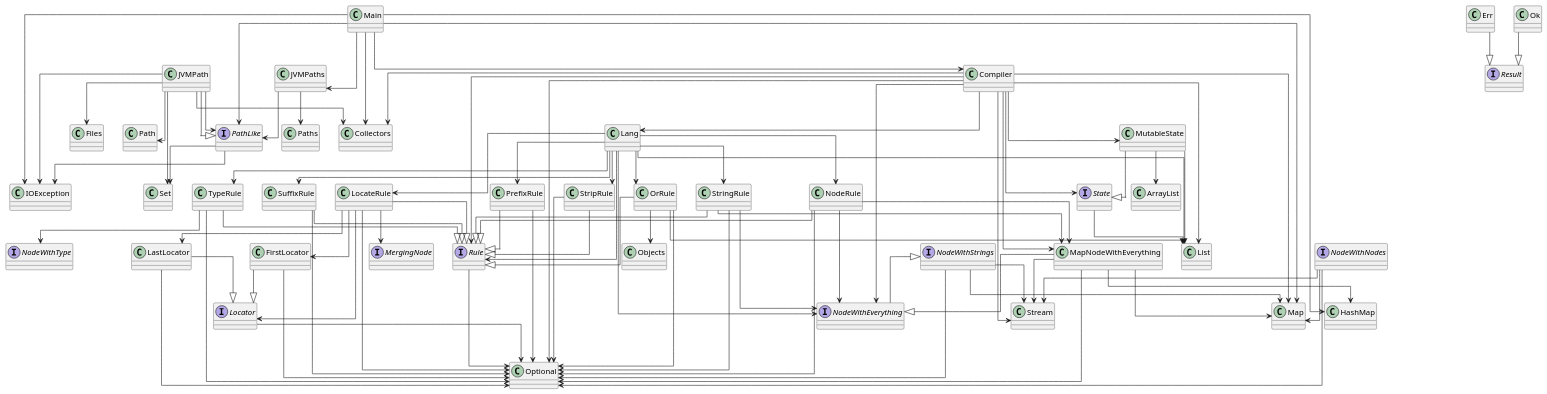
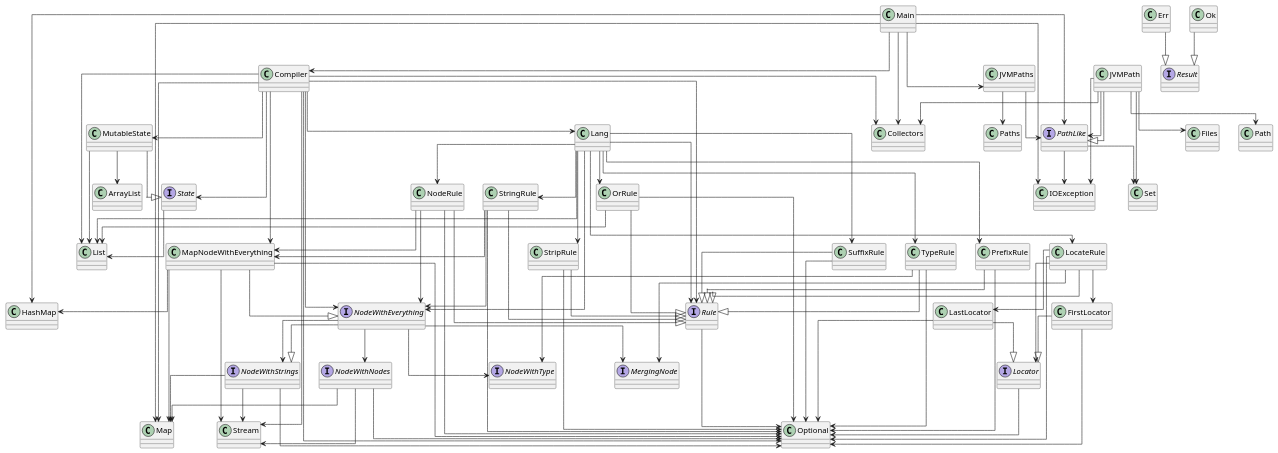
The diagram in diagram.puml (SirMathhman/Magma), drawn with PlantUML before and after one commit. The commit also changed 7 other files, not shown here.

```diff
--- a/diagram.puml
+++ b/diagram.puml
@@ -1,122 +1,125 @@
 @startuml
 skinparam linetype ortho
 StringRule --> MapNodeWithEverything
 StringRule --> NodeWithEverything
 StringRule --> Optional
 class StringRule
 StringRule --|> Rule
 JVMPaths --> PathLike
 JVMPaths --> Paths
 class JVMPaths
 class Err
 Err --|> Result
 interface Result
 Locator --> Optional
 interface Locator
 PathLike --> IOException
 PathLike --> Set
 interface PathLike
 FirstLocator --> Optional
 class FirstLocator
 FirstLocator --|> Locator
 MapNodeWithEverything --> HashMap
 MapNodeWithEverything --> Map
 MapNodeWithEverything --> Optional
 MapNodeWithEverything --> Stream
 class MapNodeWithEverything
 MapNodeWithEverything --|> NodeWithEverything
 PrefixRule --> Optional
 class PrefixRule
 PrefixRule --|> Rule
 NodeWithNodes --> Map
 NodeWithNodes --> Optional
 NodeWithNodes --> Stream
 interface NodeWithNodes
 interface NodeWithType
 Compiler --> Lang
 Compiler --> MutableState
 Compiler --> State
 Compiler --> MapNodeWithEverything
 Compiler --> NodeWithEverything
 Compiler --> Rule
 Compiler --> List
 Compiler --> Map
 Compiler --> Optional
 Compiler --> Collectors
 Compiler --> Stream
 class Compiler
 OrRule --> List
-OrRule --> Objects
 OrRule --> Optional
 class OrRule
 OrRule --|> Rule
 LastLocator --> Optional
 class LastLocator
 LastLocator --|> Locator
 StripRule --> Optional
 class StripRule
 StripRule --|> Rule
 Lang --> NodeWithEverything
 Lang --> LocateRule
 Lang --> NodeRule
 Lang --> OrRule
 Lang --> PrefixRule
 Lang --> Rule
 Lang --> StringRule
 Lang --> StripRule
 Lang --> SuffixRule
 Lang --> TypeRule
 Lang --> List
 class Lang
 NodeRule --> MapNodeWithEverything
 NodeRule --> NodeWithEverything
 NodeRule --> Optional
 class NodeRule
 NodeRule --|> Rule
 MutableState --> ArrayList
 MutableState --> List
 class MutableState
 MutableState --|> State
 SuffixRule --> Optional
 class SuffixRule
 SuffixRule --|> Rule
 JVMPath --> PathLike
 JVMPath --> IOException
 JVMPath --> Files
 JVMPath --> Path
 JVMPath --> Set
 JVMPath --> Collectors
 class JVMPath
 JVMPath --|> PathLike
 State --> List
 interface State
+NodeWithEverything --> MergingNode
+NodeWithEverything --> NodeWithNodes
+NodeWithEverything --> NodeWithStrings
+NodeWithEverything --> NodeWithType
 interface NodeWithEverything extends NodeWithStrings
 NodeWithStrings --> Map
 NodeWithStrings --> Optional
 NodeWithStrings --> Stream
 interface NodeWithStrings
 Rule --> Optional
 interface Rule
 class Ok
 Ok --|> Result
 LocateRule --> FirstLocator
 LocateRule --> LastLocator
 LocateRule --> Locator
 LocateRule --> MergingNode
 LocateRule --> Optional
 class LocateRule
 LocateRule --|> Rule
 Main --> Compiler
 Main --> PathLike
 Main --> JVMPaths
 Main --> IOException
 Main --> HashMap
 Main --> Map
 Main --> Collectors
 class Main
 interface MergingNode
 TypeRule --> NodeWithType
 TypeRule --> Optional
 class TypeRule
 TypeRule --|> Rule
 @enduml
```
